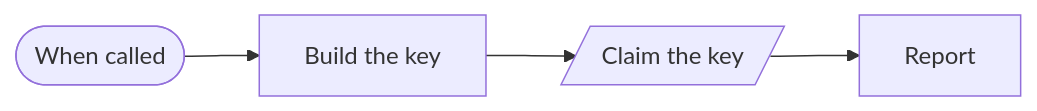
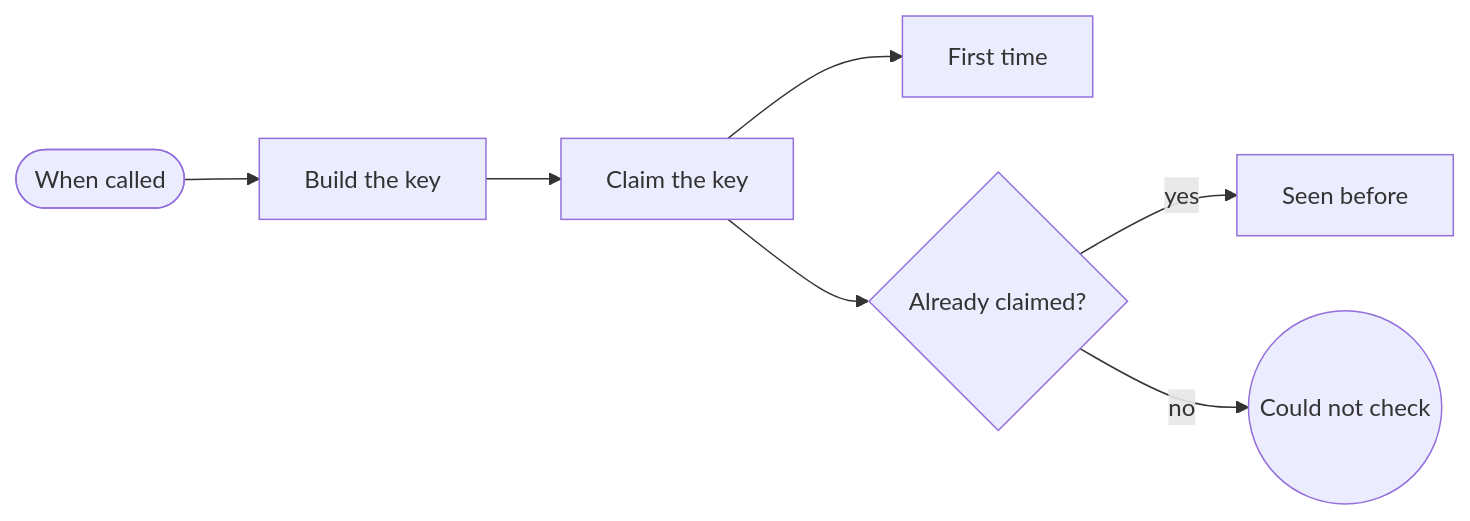
Before and after one commit to kimjoshuadr/n8n-workflows: the second of 6 diagrams in shared/README.md, drawn with Mermaid. The commit also changed other lines of this file and 179 other files, not shown here.

````diff
--- a/shared/README.md
+++ b/shared/README.md
@@ -59,10 +64,16 @@
 ```mermaid
 flowchart LR
   nxyuboc(["When called"])
   n1rujfzr["Build the key"]
-  ni91imd[/"Claim the key"/]
-  n13tziz["Report"]
+  ni91imd["Claim the key"]
+  nyet6sk["First time"]
+  nlgficz{"Already claimed?"}
+  nk43iv1["Seen before"]
+  n11bslat(("Could not check"))
   nxyuboc --> n1rujfzr
   n1rujfzr --> ni91imd
-  ni91imd --> n13tziz
+  ni91imd --> nyet6sk
+  ni91imd --> nlgficz
+  nlgficz -->|yes| nk43iv1
+  nlgficz -->|no| n11bslat
 ```
````
